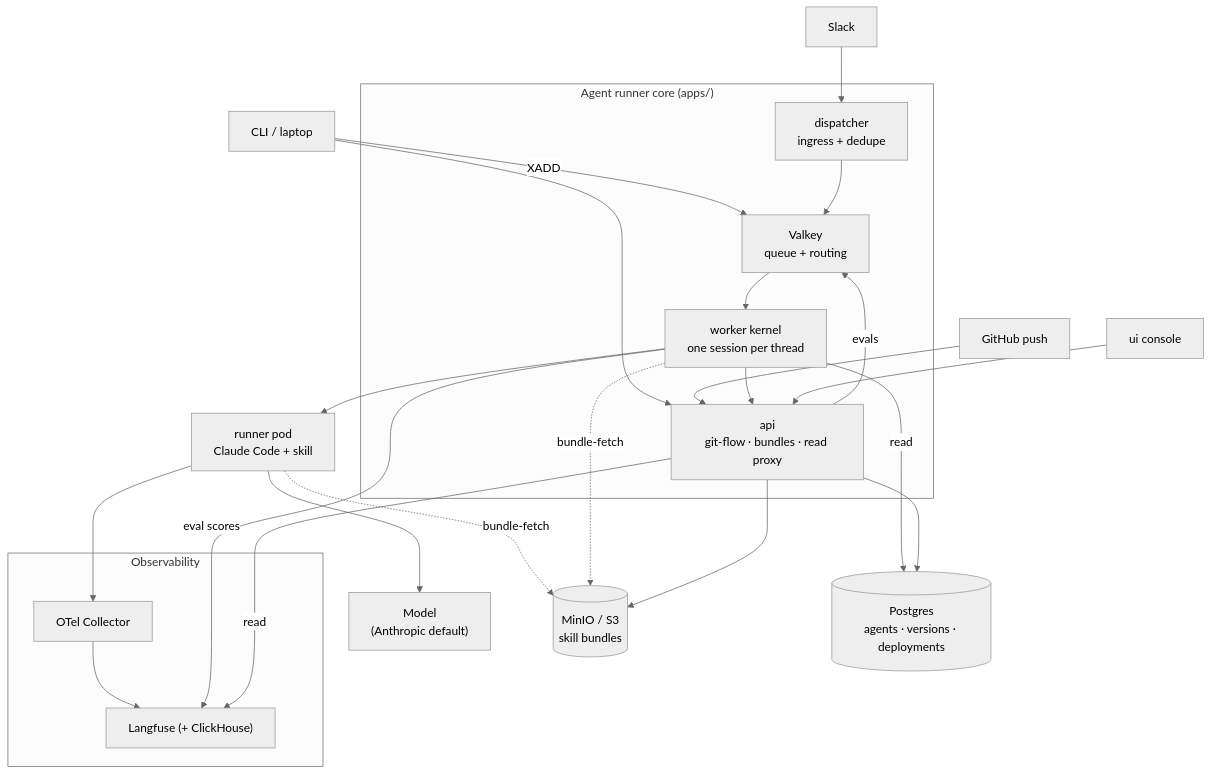
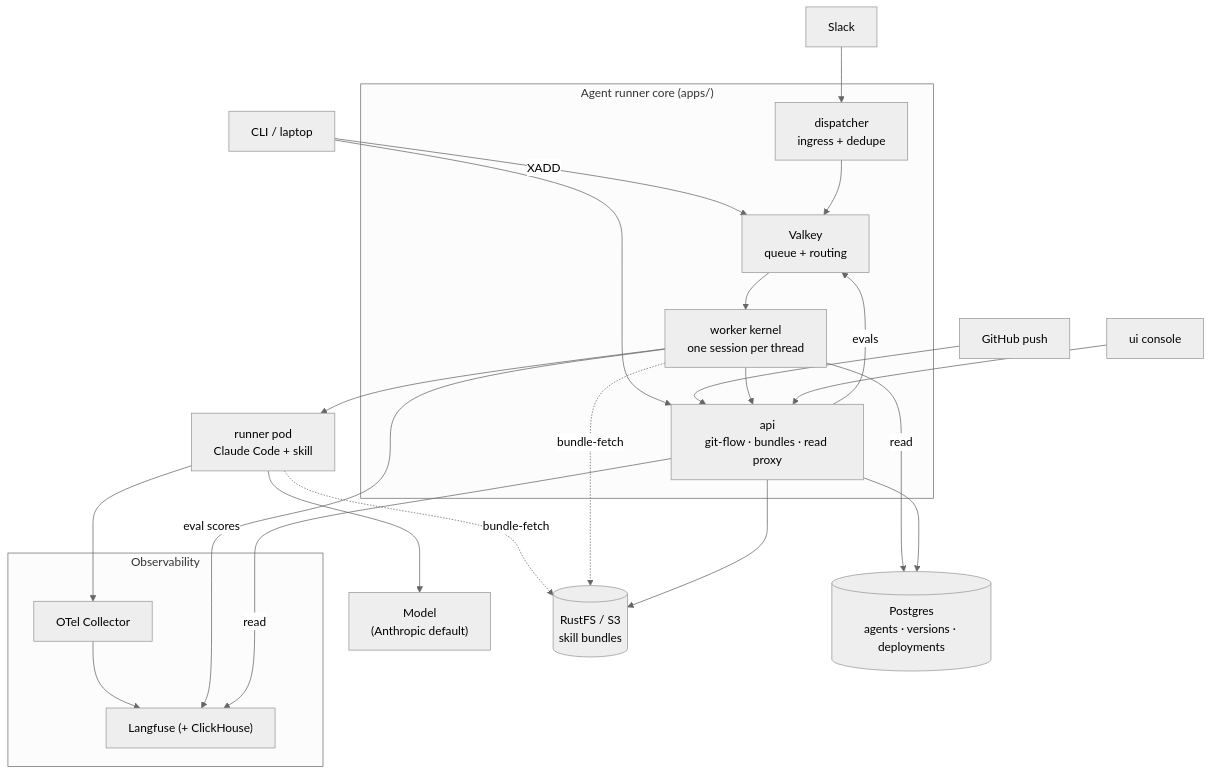
One commit to curie-eng/agentos changed the first of 3 diagrams in ARCHITECTURE.md. Above: the diagram before and after it, drawn with Mermaid (neutral theme). The commit also changed other lines of this file and 52 other files, not shown here.

First line of the commit message:
Replace MinIO with RustFS

````diff
--- a/ARCHITECTURE.md
+++ b/ARCHITECTURE.md
@@ -68,43 +68,43 @@
 ```mermaid
 flowchart TB
     Slack["Slack"]
     CLI["CLI / laptop"]
     GH["GitHub push"]
 
     subgraph core["Agent runner core (apps/)"]
         Dispatcher["dispatcher<br/>ingress + dedupe"]
         Queue["Valkey<br/>queue + routing"]
         Worker["worker kernel<br/>one session per thread"]
         API["api<br/>git-flow · bundles · read proxy"]
     end
 
     Sandbox["runner pod<br/>Claude Code + skill"]
     Anthropic["Model<br/>(Anthropic default)"]
 
     UI["ui console"]
-    Store[("MinIO / S3<br/>skill bundles")]
+    Store[("RustFS / S3<br/>skill bundles")]
     PG[("Postgres<br/>agents · versions · deployments")]
 
     subgraph obs["Observability"]
         OTel["OTel Collector"]
         LF["Langfuse (+ ClickHouse)"]
         OTel --> LF
     end
 
     Slack --> Dispatcher
     CLI -- XADD --> Queue
     CLI --> API
     GH --> API
     Dispatcher --> Queue --> Worker --> Sandbox --> Anthropic
     API -- evals --> Queue
     Sandbox -. bundle-fetch .-> Store
     Worker -. bundle-fetch .-> Store
     Worker --> API
     Worker -- read --> PG
     API --> Store
     API --> PG
     UI --> API
     Sandbox --> OTel
     Worker -- eval scores --> LF
     API -- read --> LF
 ```
````
